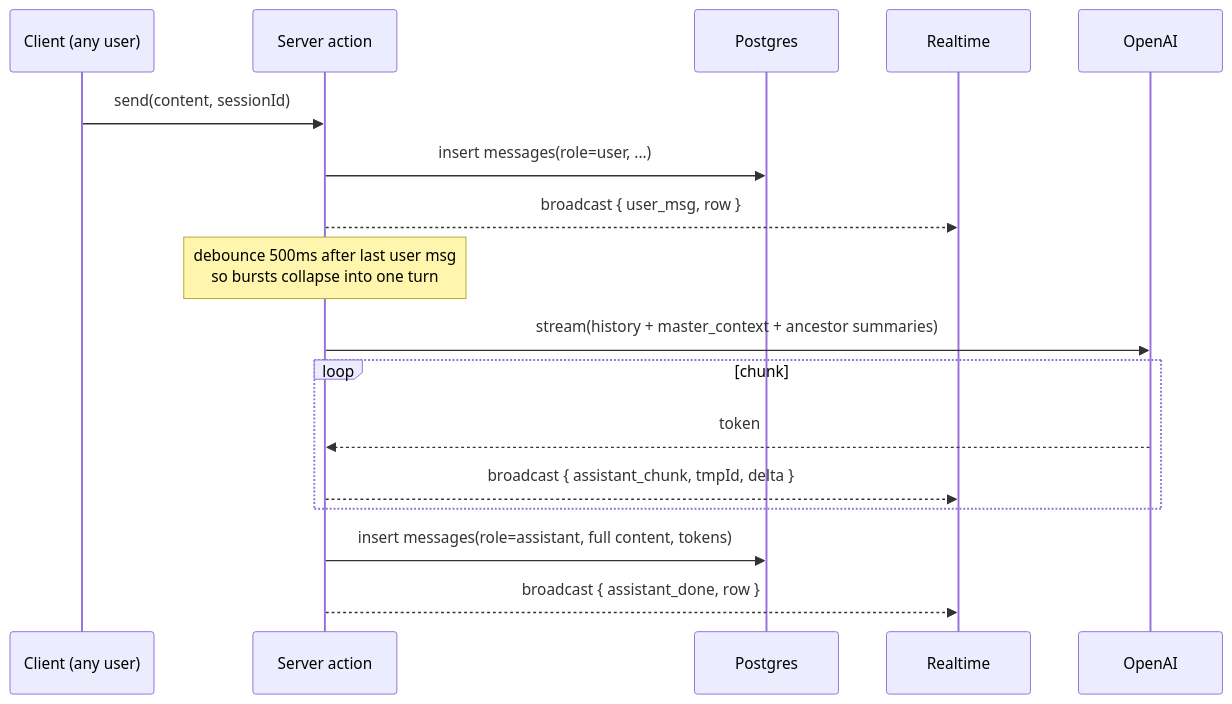
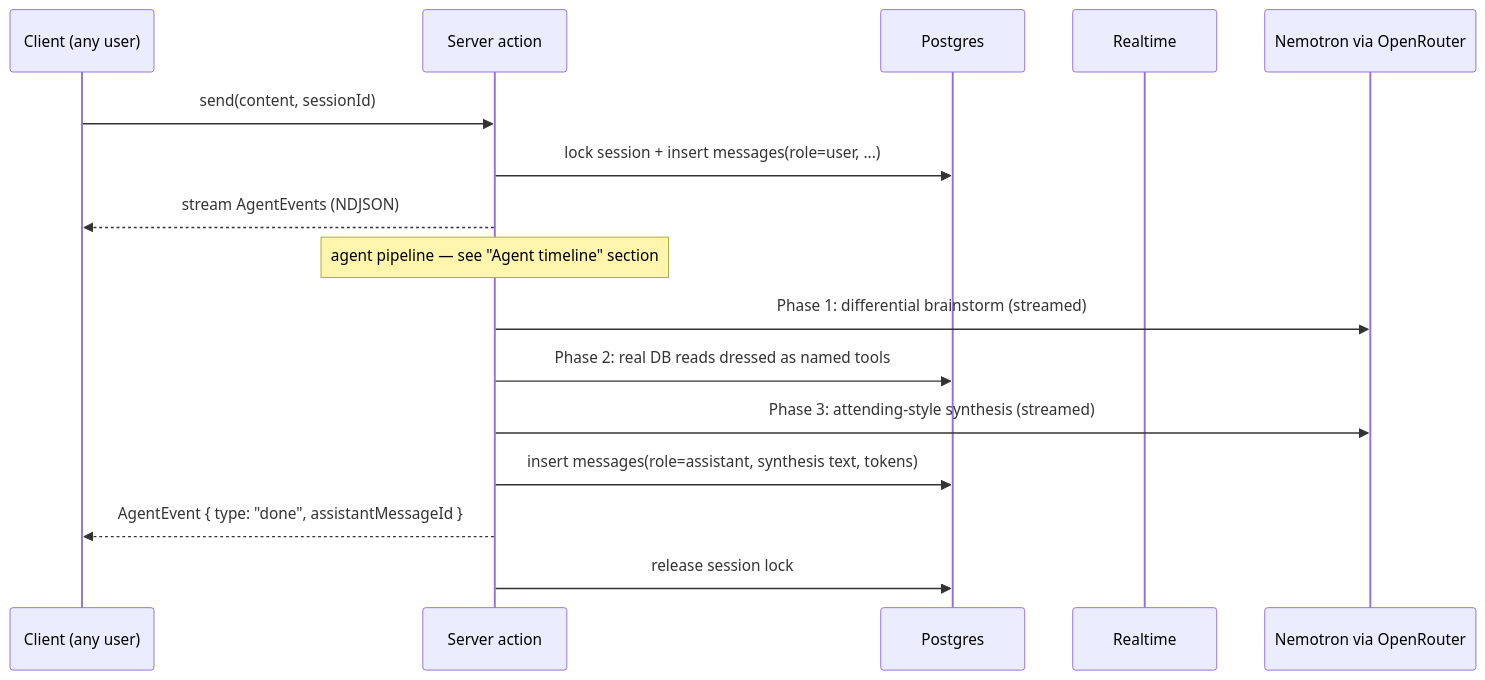
The second of 2 diagrams in AGENTS.md (lilgangus/cucsio), drawn with Mermaid before and after one commit. The commit also changed other lines of this file and 15 other files, not shown here.

Commit message:
Agent thinking done

````diff
--- a/AGENTS.md
+++ b/AGENTS.md
@@ -123,20 +133,19 @@
 ```mermaid
 sequenceDiagram
     participant Client as Client (any user)
     participant Edge as Server action
     participant DB as Postgres
     participant RT as Realtime
-    participant LLM as OpenAI
+    participant LLM as Nemotron via OpenRouter
 
     Client->>Edge: send(content, sessionId)
-    Edge->>DB: insert messages(role=user, ...)
-    Edge-->>RT: broadcast { user_msg, row }
-    Note over Edge: debounce 500ms after last user msg<br/>so bursts collapse into one turn
-    Edge->>LLM: stream(history + master_context + ancestor summaries)
-    loop chunk
-        LLM-->>Edge: token
-        Edge-->>RT: broadcast { assistant_chunk, tmpId, delta }
-    end
-    Edge->>DB: insert messages(role=assistant, full content, tokens)
-    Edge-->>RT: broadcast { assistant_done, row }
+    Edge->>DB: lock session + insert messages(role=user, ...)
+    Edge-->>Client: stream AgentEvents (NDJSON)
+    Note over Edge: agent pipeline — see "Agent timeline" section
+    Edge->>LLM: Phase 1: differential brainstorm (streamed)
+    Edge->>DB: Phase 2: real DB reads dressed as named tools
+    Edge->>LLM: Phase 3: attending-style synthesis (streamed)
+    Edge->>DB: insert messages(role=assistant, synthesis text, tokens)
+    Edge-->>Client: AgentEvent { type: "done", assistantMessageId }
+    Edge->>DB: release session lock
 ```
````
